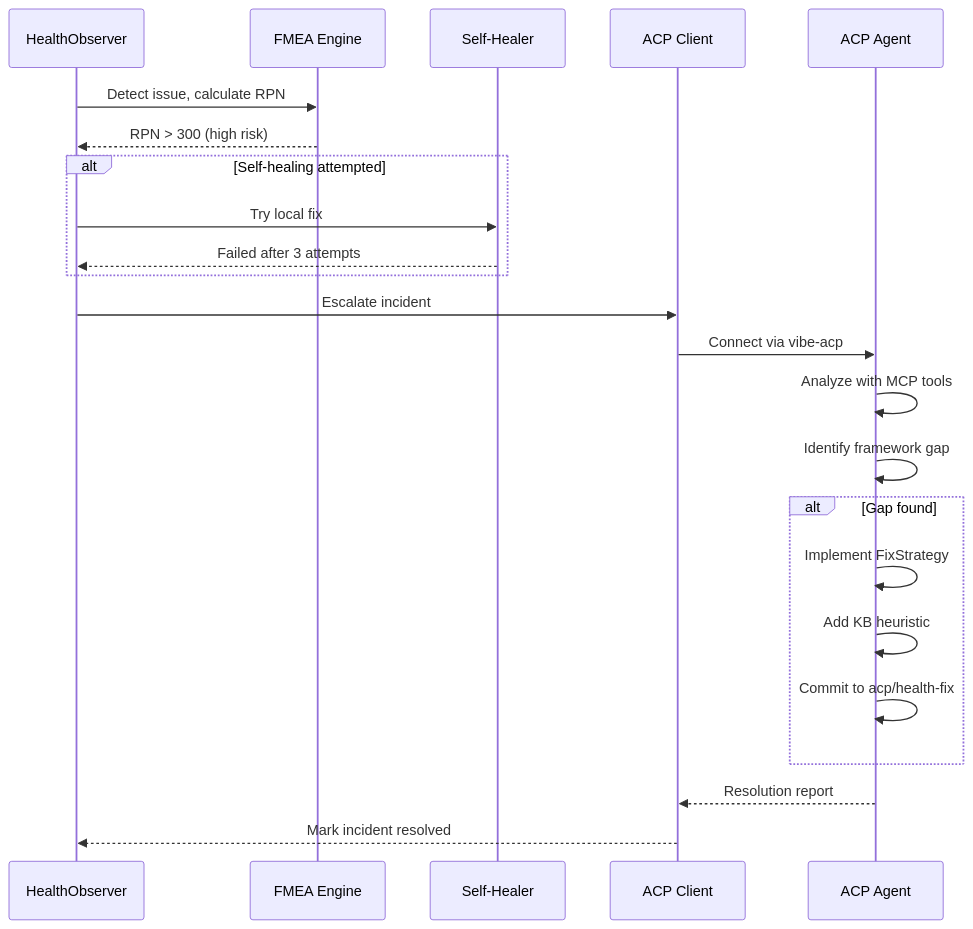
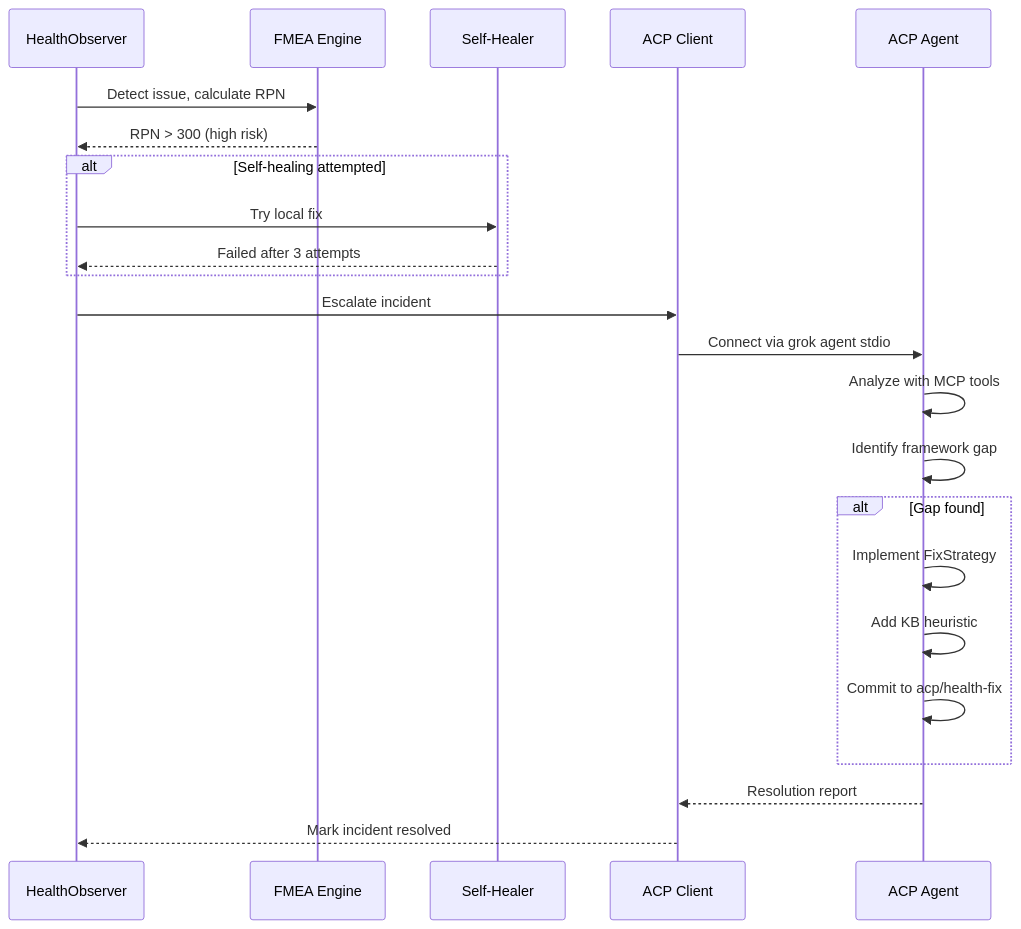
The fourth of 4 diagrams in src/gaius/health/README.md (zndx/gaius), drawn with Mermaid before and after one commit. The commit also changed other lines of this file and 24 other files, not shown here.

````diff
--- a/src/gaius/health/README.md
+++ b/src/gaius/health/README.md
@@ -421,31 +423,31 @@
 ```mermaid
 sequenceDiagram
     participant HO as HealthObserver
     participant FMEA as FMEA Engine
     participant SH as Self-Healer
     participant ACP as ACP Client
     participant AG as ACP Agent
 
     HO->>FMEA: Detect issue, calculate RPN
     FMEA-->>HO: RPN > 300 (high risk)
 
     alt Self-healing attempted
         HO->>SH: Try local fix
         SH-->>HO: Failed after 3 attempts
     end
 
     HO->>ACP: Escalate incident
-    ACP->>AG: Connect via vibe-acp
+    ACP->>AG: Connect via grok agent stdio
 
     AG->>AG: Analyze with MCP tools
     AG->>AG: Identify framework gap
 
     alt Gap found
         AG->>AG: Implement FixStrategy
         AG->>AG: Add KB heuristic
         AG->>AG: Commit to acp/health-fix
     end
 
     AG-->>ACP: Resolution report
     ACP-->>HO: Mark incident resolved
 ```
````
